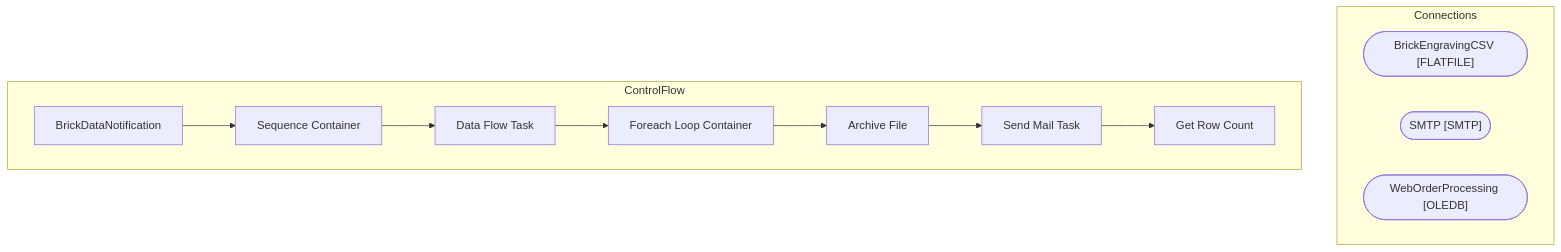
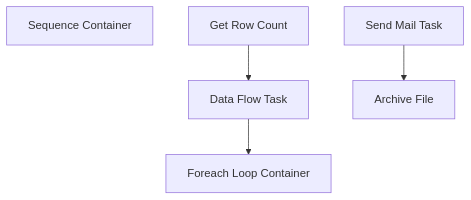
The diagram in bab-docs-explorer/Documentation/STL-SSIS-P-01/SSIS/Brick project/BrickDataNotification.BrickDataNotification.md (juanandresbrain/BABSkills), drawn with Mermaid before and after one commit. The commit also changed other lines of this file and 273 other files, not shown here.

````diff
--- a/bab-docs-explorer/Documentation/STL-SSIS-P-01/SSIS/Brick project/BrickDataNotification.BrickDataNotification.md
+++ b/bab-docs-explorer/Documentation/STL-SSIS-P-01/SSIS/Brick project/BrickDataNotification.BrickDataNotification.md
@@ -9,23 +40,12 @@
 ```mermaid
 flowchart TD
-    subgraph Connections
-        BrickEngravingCSV_conn(["BrickEngravingCSV [FLATFILE]"])
-        SMTP_conn(["SMTP [SMTP]"])
-        WebOrderProcessing_conn(["WebOrderProcessing [OLEDB]"])
-    end
-    subgraph ControlFlow
-        BrickDataNotification_task["BrickDataNotification"]
-        Sequence_Container_task["Sequence Container"]
-        BrickDataNotification_task --> Sequence_Container_task
-        Data_Flow_Task_task["Data Flow Task"]
-        Sequence_Container_task --> Data_Flow_Task_task
-        Foreach_Loop_Container_task["Foreach Loop Container"]
-        Data_Flow_Task_task --> Foreach_Loop_Container_task
-        Archive_File_task["Archive File"]
-        Foreach_Loop_Container_task --> Archive_File_task
-        Send_Mail_Task_task["Send Mail Task"]
-        Archive_File_task --> Send_Mail_Task_task
-        Get_Row_Count_task["Get Row Count"]
-        Send_Mail_Task_task --> Get_Row_Count_task
-    end
+    n_Package_Sequence_Container["Sequence Container"]
+    n_Package_Sequence_Container_Data_Flow_Task["Data Flow Task"]
+    n_Package_Sequence_Container_Foreach_Loop_Container["Foreach Loop Container"]
+    n_Package_Sequence_Container_Foreach_Loop_Container_Archive_File["Archive File"]
+    n_Package_Sequence_Container_Foreach_Loop_Container_Send_Mail_Task["Send Mail Task"]
+    n_Package_Sequence_Container_Get_Row_Count["Get Row Count"]
+    n_Package_Sequence_Container_Foreach_Loop_Container_Send_Mail_Task --> n_Package_Sequence_Container_Foreach_Loop_Container_Archive_File
+    n_Package_Sequence_Container_Get_Row_Count --> n_Package_Sequence_Container_Data_Flow_Task
+    n_Package_Sequence_Container_Data_Flow_Task --> n_Package_Sequence_Container_Foreach_Loop_Container
 ```
````
